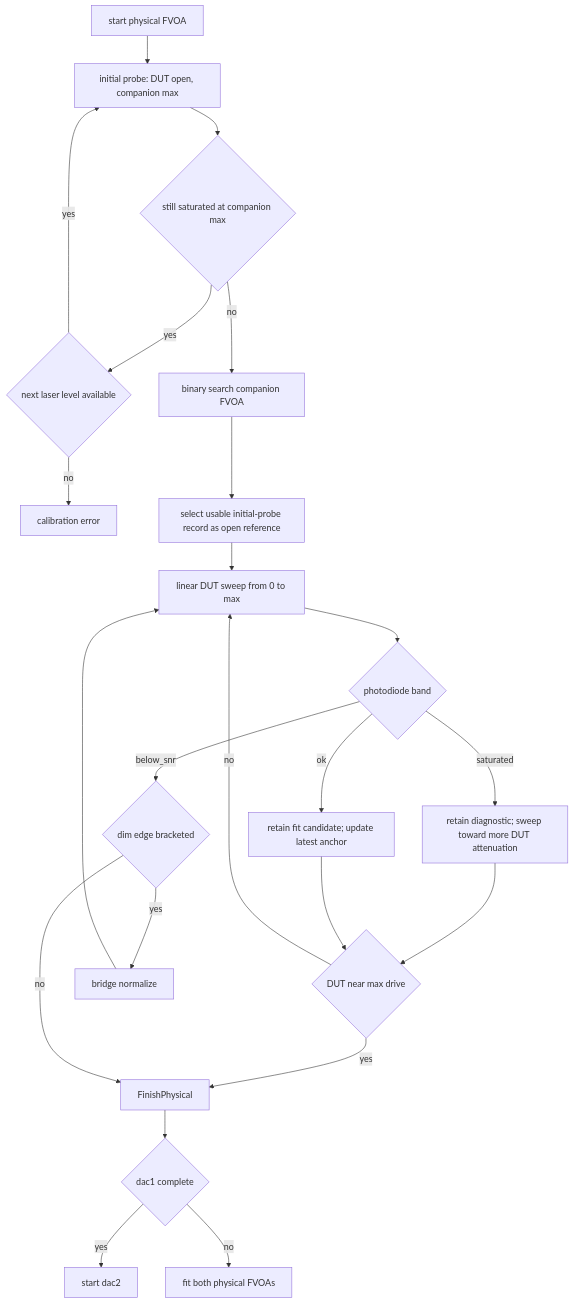
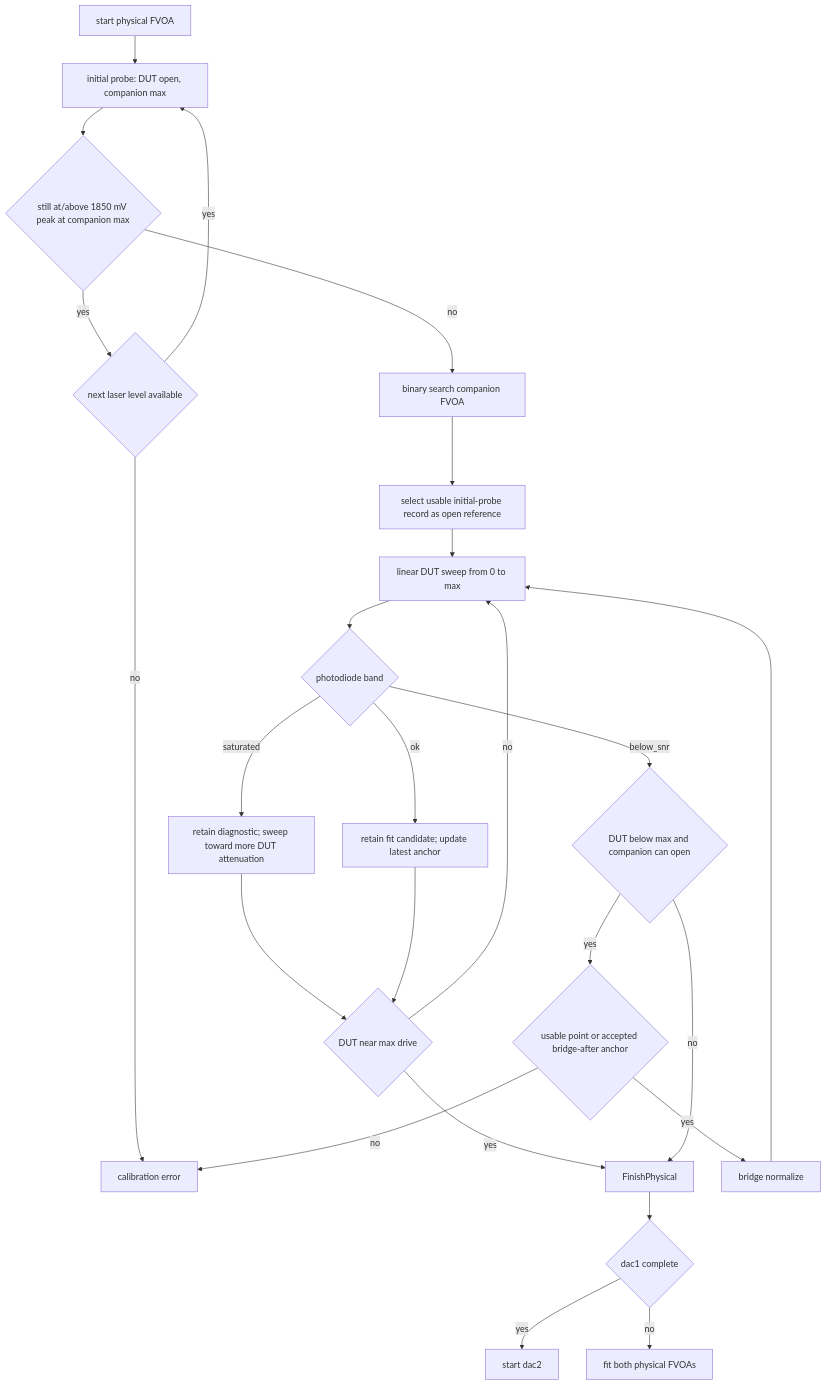
The fourth of 7 diagrams in doc/attenuator_calibration.md (COO-Utilities/hispec-tib), drawn with Mermaid before and after one commit. The commit also changed other lines of this file and 18 other files, not shown here.

````diff
--- a/doc/attenuator_calibration.md
+++ b/doc/attenuator_calibration.md
@@ -144,25 +163,27 @@
 ```mermaid
 flowchart TD
   StartPhysical[start physical FVOA] --> Initial[initial probe: DUT open, companion max]
-  Initial --> SaturatedAtMax{still saturated at companion max}
+  Initial --> SaturatedAtMax{still at/above 1850 mV peak at companion max}
   SaturatedAtMax -- yes --> LowerLaser{next laser level available}
   LowerLaser -- yes --> Initial
   LowerLaser -- no --> Error[calibration error]
   SaturatedAtMax -- no --> CompanionSearch[binary search companion FVOA]
   CompanionSearch --> Reference[select usable initial-probe record as open reference]
   Reference --> Sweep[linear DUT sweep from 0 to max]
   Sweep --> Band{photodiode band}
   Band -- saturated --> Bright[retain diagnostic; sweep toward more DUT attenuation]
   Bright --> MoreRange{DUT near max drive}
   Band -- ok --> Usable[retain fit candidate; update latest anchor]
   Usable --> MoreRange
   MoreRange -- yes --> FinishPhysical
   MoreRange -- no --> Sweep
-  Band -- below_snr --> Bracket{dim edge bracketed}
-  Bracket -- no --> FinishPhysical
-  Bracket -- yes --> Bridge[bridge normalize]
+  Band -- below_snr --> BridgeRange{DUT below max and companion can open}
+  BridgeRange -- no --> FinishPhysical
+  BridgeRange -- yes --> Anchor{usable point or accepted bridge-after anchor}
+  Anchor -- no --> Error
+  Anchor -- yes --> Bridge[bridge normalize]
   Bridge --> Sweep
   FinishPhysical --> Next{dac1 complete}
   Next -- yes --> StartDac2[start dac2]
   Next -- no --> Fit[fit both physical FVOAs]
 ```
````
